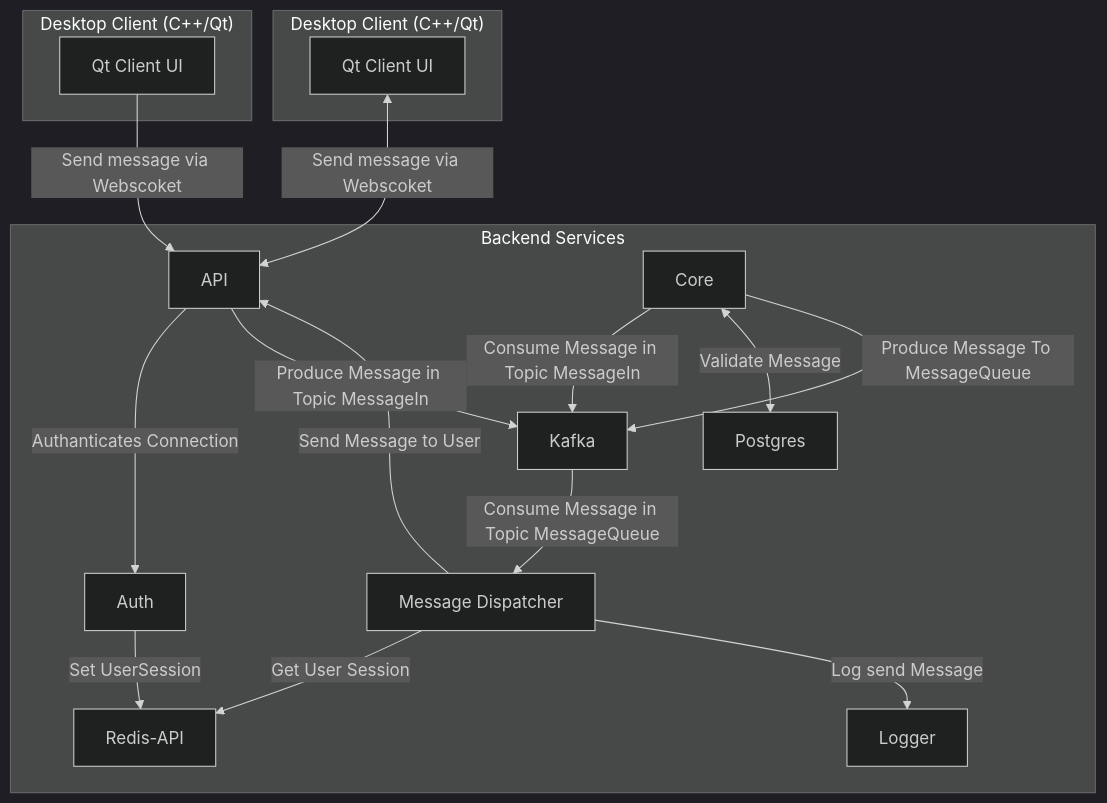
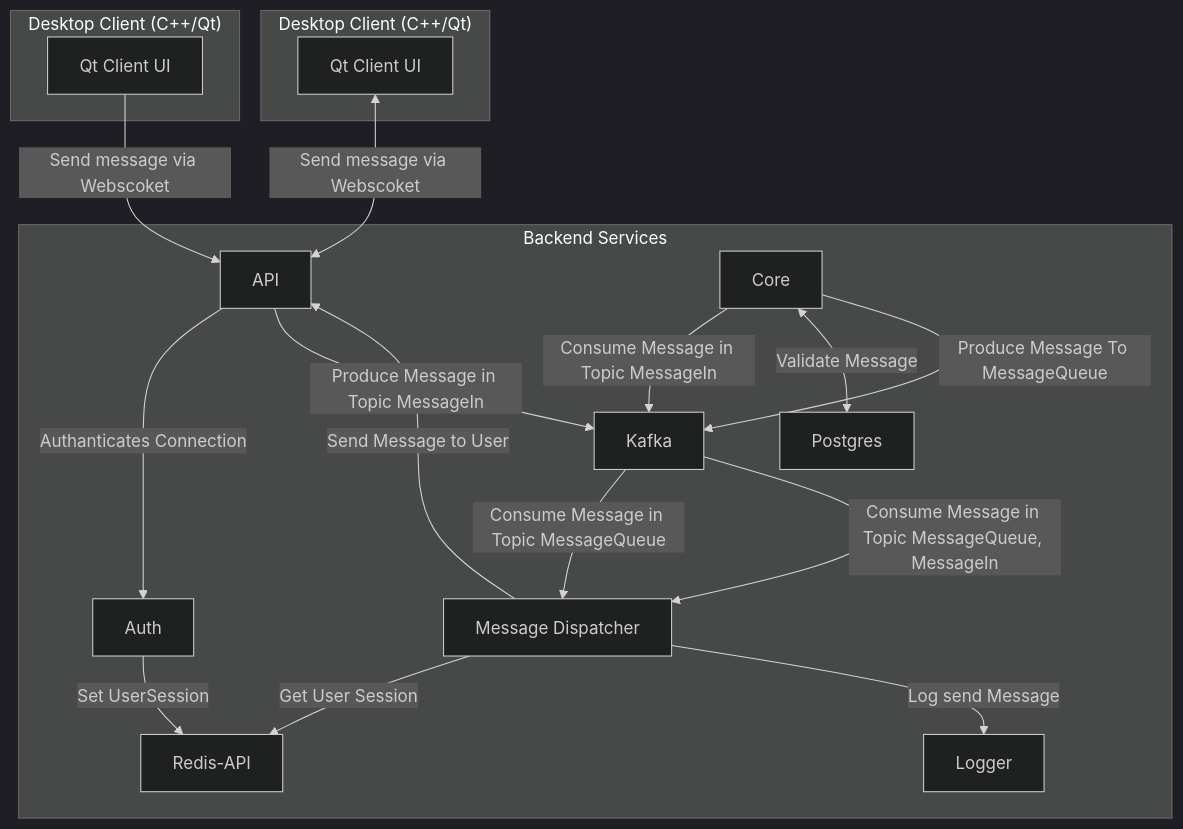
One commit to DeanPrangenberg/Ventra-Messenger-Backend changed the diagram in Backend/BackendPlan.md. Above: the diagram before and after it, drawn with Mermaid (dark theme).

````diff
--- a/Backend/BackendPlan.md
+++ b/Backend/BackendPlan.md
@@ -3,38 +3,39 @@
 ```mermaid
   graph TD
     subgraph Client-1["Desktop Client (C++/Qt)"]
         UI1[Qt Client UI]
     end
 
     subgraph Client-2["Desktop Client (C++/Qt)"]
         UI2[Qt Client UI]
     end
     
     UI1 --> |Send message via Webscoket|API[API]
     UI2 <--> |Send message via Webscoket|API[API]
     
     subgraph Backend["Backend Services"]
         API[API]
         KAFKA[Kafka]
         REDIS-API[Redis-API]
         LOGGER[Logger]
         CORE[Core]
         AUTH[Auth]
         MD[Message Dispatcher]
         POSTGRES[Postgres]
 
         API --> |Authanticates Connection| AUTH
         AUTH --> |Set UserSession| REDIS-API
         API --> |Produce Message in Topic MessageIn| KAFKA
 
         CORE --> |Consume Message in Topic MessageIn| KAFKA
         CORE <--> |Validate Message| POSTGRES
         CORE --> |Produce Message To MessageQueue| KAFKA
 
         KAFKA --> |Consume Message in Topic MessageQueue| MD
         MD --> |Get User Session| REDIS-API
         MD --> |Log send Message| LOGGER
         MD --> |Send Message to User| API
-        
+
+        KAFKA --> |Consume Message in Topic MessageQueue, MessageIn| MD
     end
 ```
````
